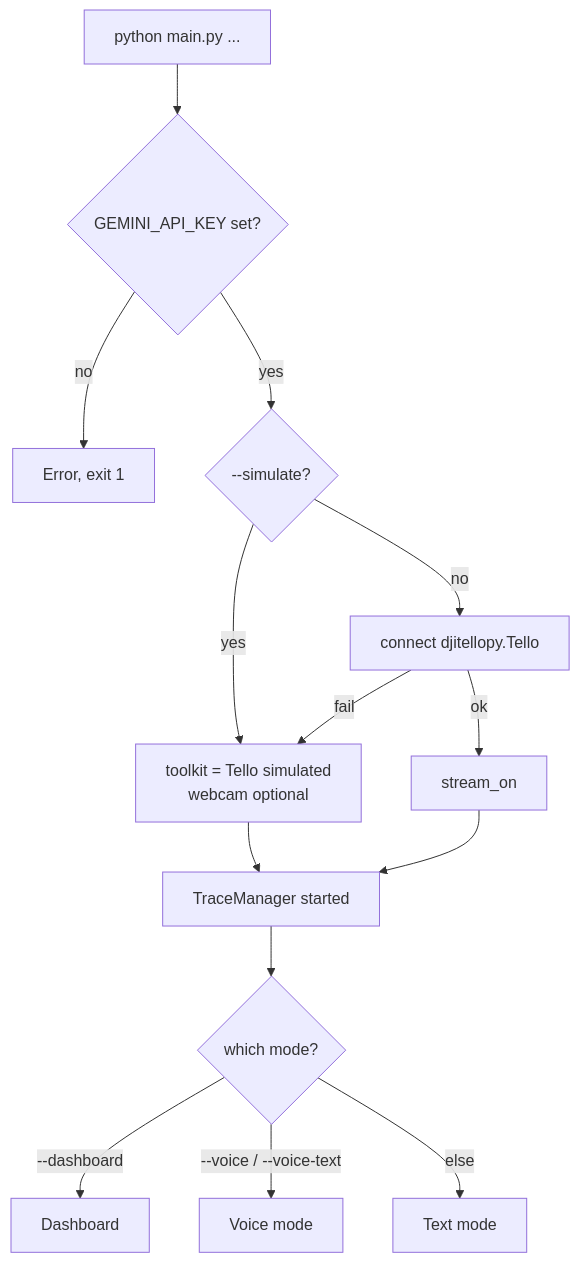
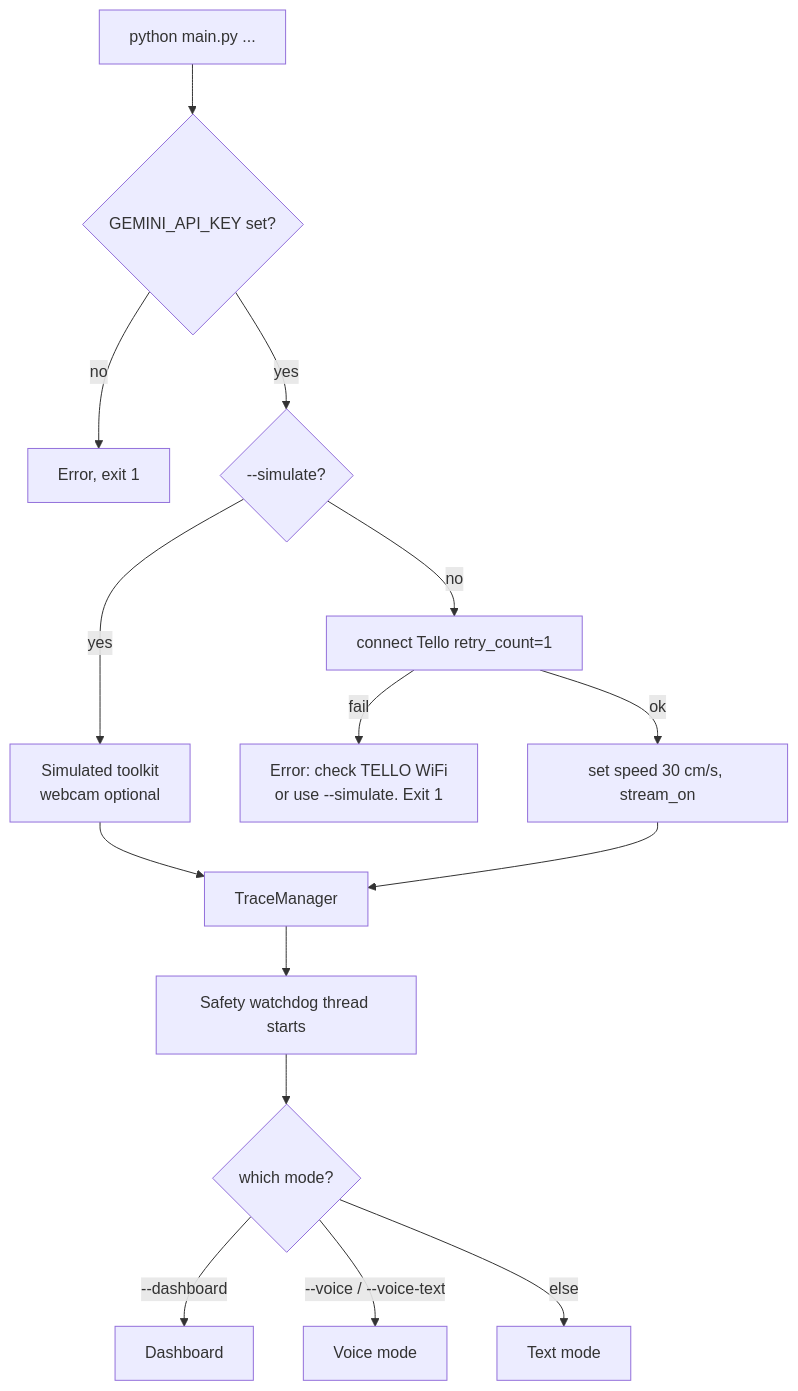
The first of 5 diagrams in docs/user-flows.md (AyushRajgor/Tello-autonomous), drawn with Mermaid before and after one commit. The commit also changed other lines of this file and 50 other files, not shown here.

````diff
--- a/docs/user-flows.md
+++ b/docs/user-flows.md
@@ -21,16 +23,17 @@
 ```mermaid
 flowchart TD
     A[python main.py ...] --> B{GEMINI_API_KEY set?}
     B -->|no| B1[Error, exit 1]
     B -->|yes| C{--simulate?}
-    C -->|yes| D[toolkit = Tello simulated<br/>webcam optional]
-    C -->|no| E[connect djitellopy.Tello]
-    E -->|fail| D
-    E -->|ok| F[stream_on]
-    D --> G[TraceManager started]
+    C -->|yes| D[Simulated toolkit<br/>webcam optional]
+    C -->|no| E[connect Tello retry_count=1]
+    E -->|fail| E1[Error: check TELLO WiFi<br/>or use --simulate. Exit 1]
+    E -->|ok| F[set speed 30 cm/s, stream_on]
+    D --> G[TraceManager]
     F --> G
-    G --> H{which mode?}
+    G --> W[Safety watchdog thread starts]
+    W --> H{which mode?}
     H -->|--dashboard| DASH[Dashboard]
     H -->|--voice / --voice-text| VOX[Voice mode]
     H -->|else| TXT[Text mode]
 ```
````
